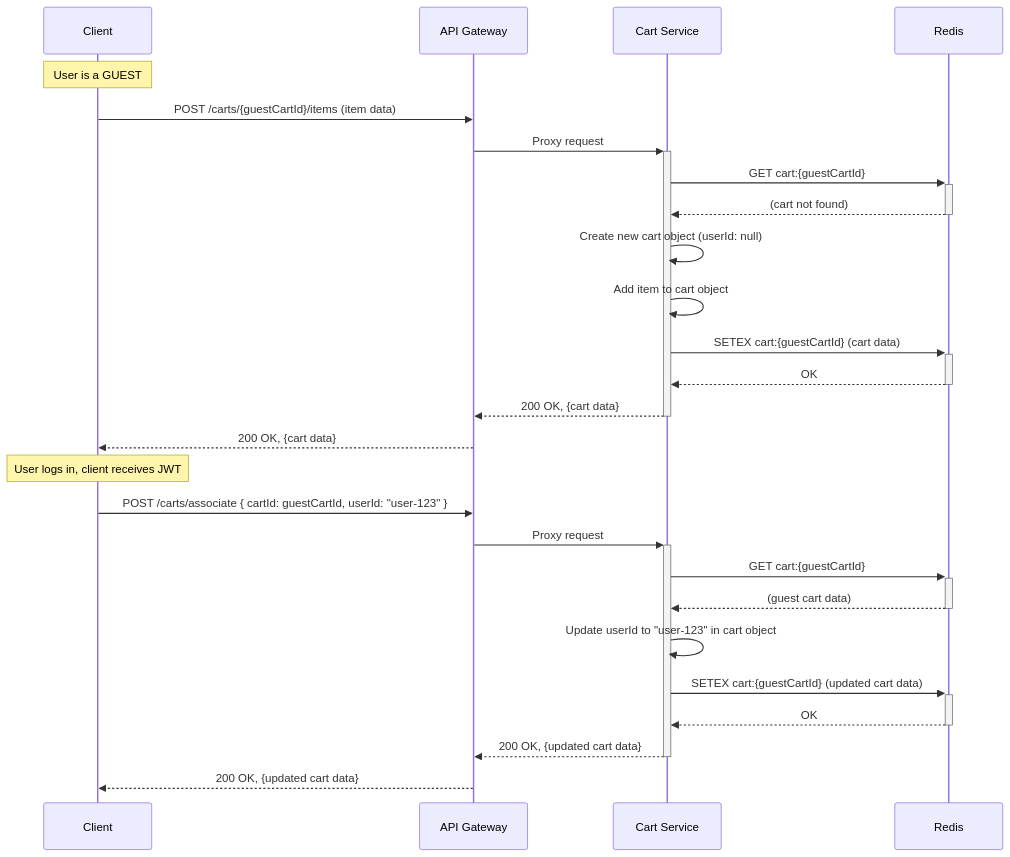
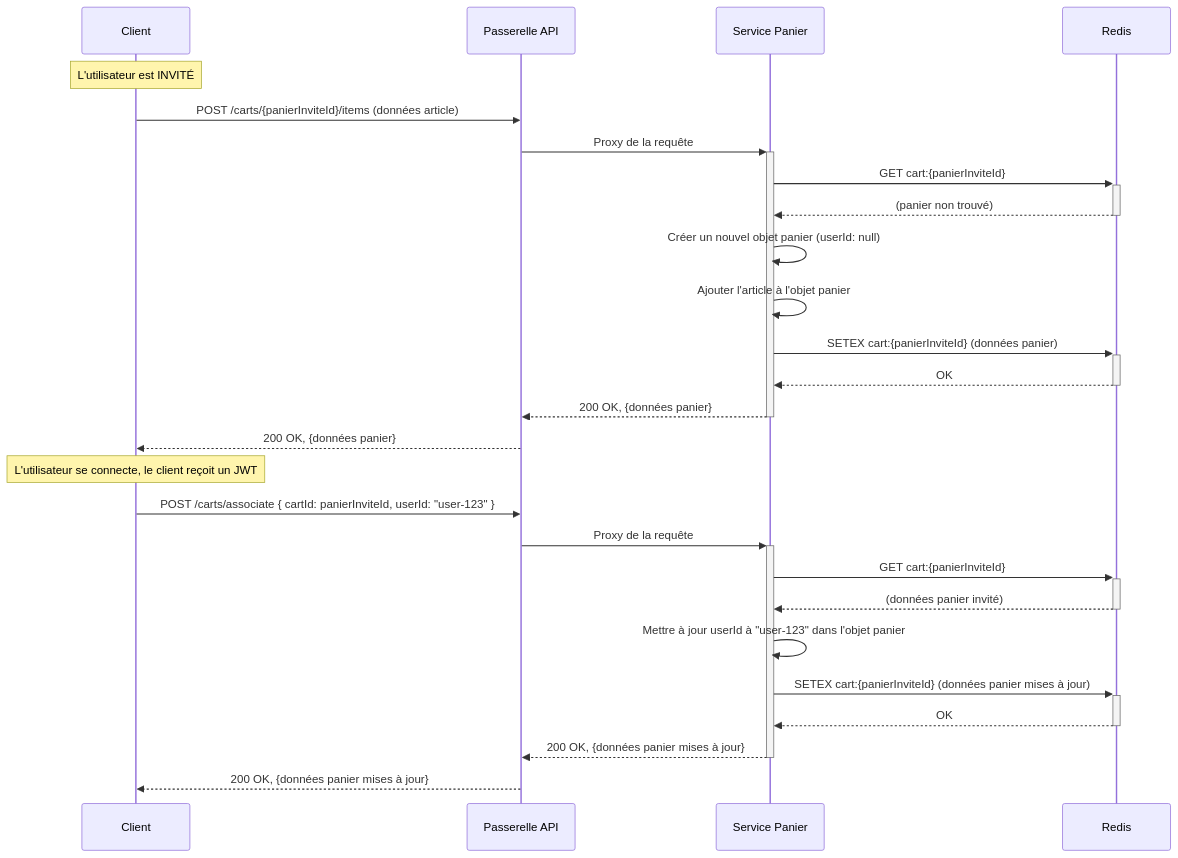
One commit to HarcheSamir/esisba-lirmm-ecommerce changed the eighth of 10 diagrams in MVP.md. Above: the diagram before and after it, drawn with Mermaid. The commit also changed other lines of this file, not shown here.

````diff
--- a/MVP.md
+++ b/MVP.md
@@ -530,30 +534,30 @@
 ```mermaid
 sequenceDiagram
     participant Client
-    participant APIGW as API Gateway
-    participant CartSvc as Cart Service
+    participant APIGW as Passerelle API
+    participant CartSvc as Service Panier
     participant Redis
 
-    Note over Client: User is a GUEST
-    Client->>APIGW: POST /carts/{guestCartId}/items (item data)
-    APIGW->>+CartSvc: Proxy request
-    CartSvc->>+Redis: GET cart:{guestCartId}
-    Redis-->>-CartSvc: (cart not found)
-    CartSvc->>CartSvc: Create new cart object (userId: null)
-    CartSvc->>CartSvc: Add item to cart object
-    CartSvc->>+Redis: SETEX cart:{guestCartId} (cart data)
+    Note over Client: L'utilisateur est INVITÉ
+    Client->>APIGW: POST /carts/{panierInviteId}/items (données article)
+    APIGW->>+CartSvc: Proxy de la requête
+    CartSvc->>+Redis: GET cart:{panierInviteId}
+    Redis-->>-CartSvc: (panier non trouvé)
+    CartSvc->>CartSvc: Créer un nouvel objet panier (userId: null)
+    CartSvc->>CartSvc: Ajouter l'article à l'objet panier
+    CartSvc->>+Redis: SETEX cart:{panierInviteId} (données panier)
     Redis-->>-CartSvc: OK
-    CartSvc-->>-APIGW: 200 OK, {cart data}
-    APIGW-->>Client: 200 OK, {cart data}
+    CartSvc-->>-APIGW: 200 OK, {données panier}
+    APIGW-->>Client: 200 OK, {données panier}
 
-    Note over Client: User logs in, client receives JWT
-    Client->>APIGW: POST /carts/associate { cartId: guestCartId, userId: "user-123" }
-    APIGW->>+CartSvc: Proxy request
-    CartSvc->>+Redis: GET cart:{guestCartId}
-    Redis-->>-CartSvc: (guest cart data)
-    CartSvc->>CartSvc: Update userId to "user-123" in cart object
-    CartSvc->>+Redis: SETEX cart:{guestCartId} (updated cart data)
+    Note over Client: L'utilisateur se connecte, le client reçoit un JWT
+    Client->>APIGW: POST /carts/associate { cartId: panierInviteId, userId: "user-123" }
+    APIGW->>+CartSvc: Proxy de la requête
+    CartSvc->>+Redis: GET cart:{panierInviteId}
+    Redis-->>-CartSvc: (données panier invité)
+    CartSvc->>CartSvc: Mettre à jour userId à "user-123" dans l'objet panier
+    CartSvc->>+Redis: SETEX cart:{panierInviteId} (données panier mises à jour)
     Redis-->>-CartSvc: OK
-    CartSvc-->>-APIGW: 200 OK, {updated cart data}
-    APIGW-->>Client: 200 OK, {updated cart data}
+    CartSvc-->>-APIGW: 200 OK, {données panier mises à jour}
+    APIGW-->>Client: 200 OK, {données panier mises à jour}
 ```
````
